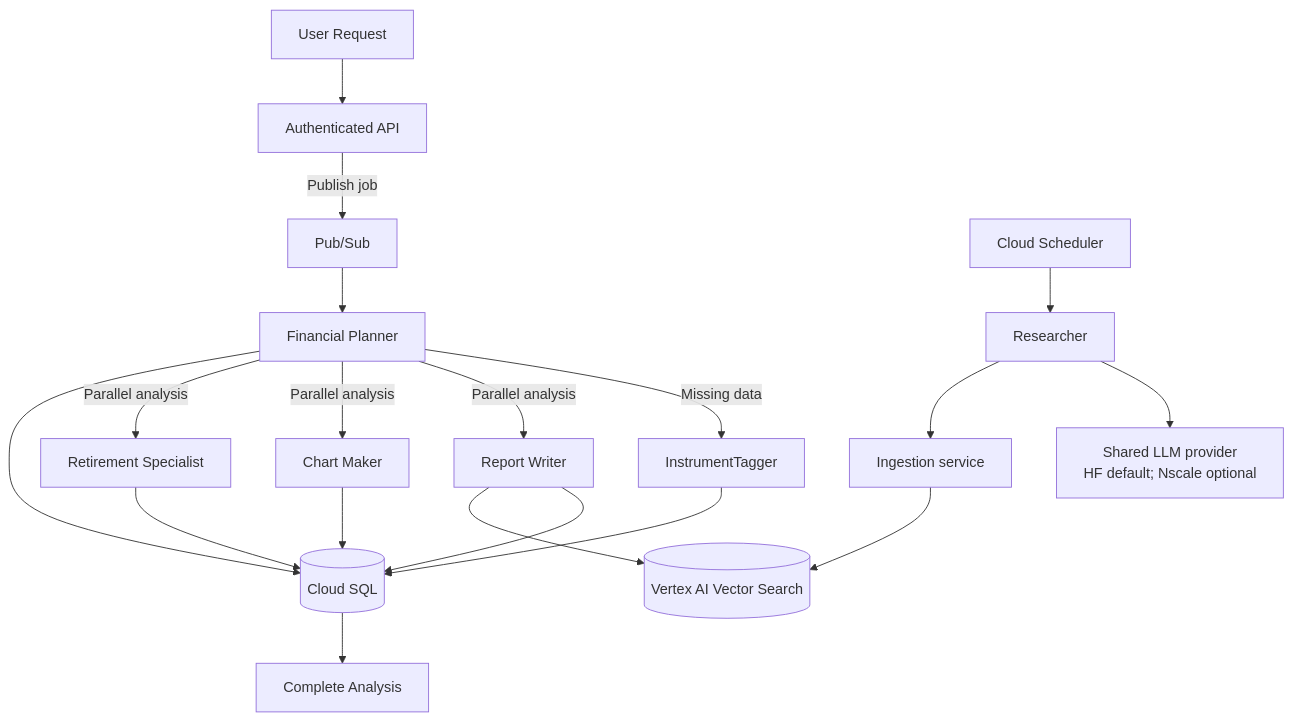
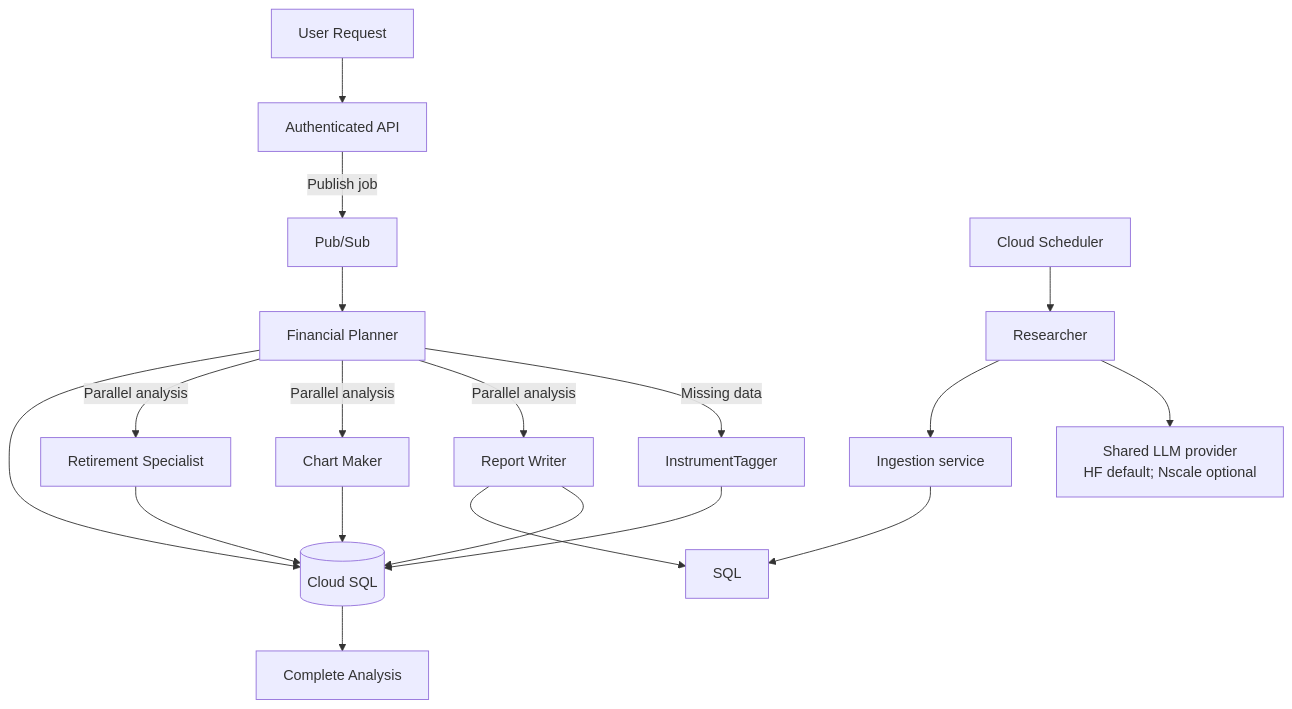
Before and after one commit to milleralan1/donner_production: the diagram in wk4/alex/guides_GCP/agent_architecture.md, drawn with Mermaid. The commit also changed other lines of this file and 26 other files, not shown here.

````diff
--- a/wk4/alex/guides_GCP/agent_architecture.md
+++ b/wk4/alex/guides_GCP/agent_architecture.md
@@ -7,22 +7,22 @@
 ```mermaid
 graph TB
     User[User Request] --> API[Authenticated API]
     API -->|Publish job| Queue[Pub/Sub]
     Queue --> Planner[Financial Planner]
     Planner -->|Missing data| Tagger[InstrumentTagger]
     Planner -->|Parallel analysis| Reporter[Report Writer]
     Planner -->|Parallel analysis| Charter[Chart Maker]
     Planner -->|Parallel analysis| Retirement[Retirement Specialist]
     Tagger --> DB[(Cloud SQL)]
     Reporter --> DB
     Charter --> DB
     Retirement --> DB
-    Reporter --> Vectors[(Vertex AI Vector Search)]
+    Reporter --> SQL
     Planner --> DB
     DB --> Result[Complete Analysis]
 
     Scheduler[Cloud Scheduler] --> Researcher[Researcher]
     Researcher --> LLM[Shared LLM provider<br/>HF default; Nscale optional]
     Researcher --> Ingest[Ingestion service]
-    Ingest --> Vectors
+    Ingest --> SQL
 ```
````
